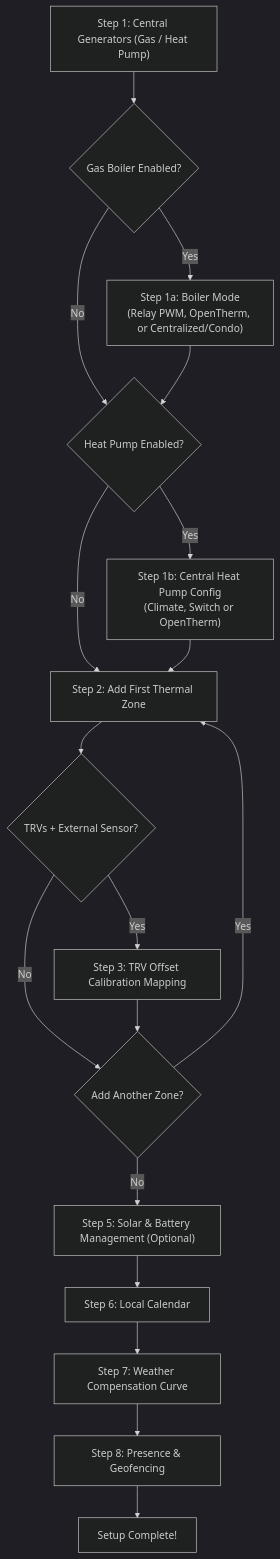
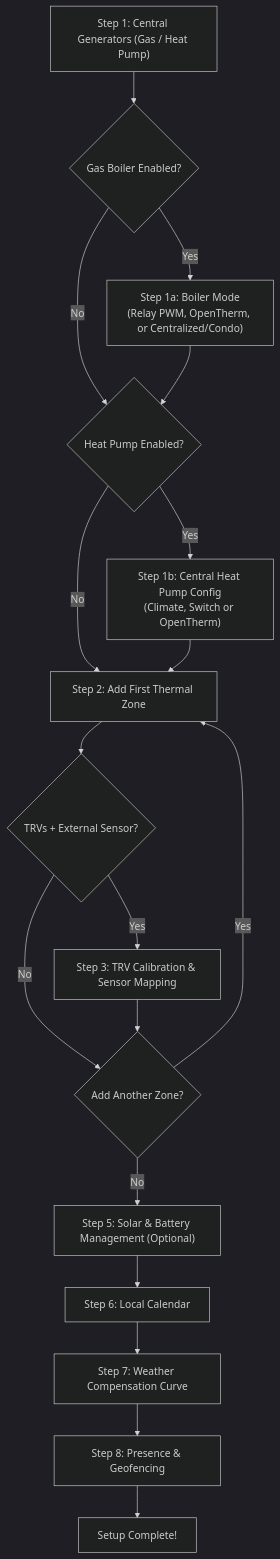
The diagram in docs/wiki/setup_wizard.md (alex-military/multizone-thermostat), drawn with Mermaid (dark theme) before and after one commit. The commit also changed other lines of this file and 41 other files, not shown here.

Commit message:
feat(trv,pid): 3-layer TRV architecture, Auto EMA seed UI & PID baseline fixes (v6.0.22)

````diff
--- a/docs/wiki/setup_wizard.md
+++ b/docs/wiki/setup_wizard.md
@@ -14,20 +14,20 @@
 ```mermaid
 flowchart TD
     S1["Step 1: Central Generators (Gas / Heat Pump)"] --> S1a{"Gas Boiler Enabled?"}
     S1a -->|Yes| C_Gas["Step 1a: Boiler Mode<br>(Relay PWM, OpenTherm, or Centralized/Condo)"]
     S1a -->|No| S1b{"Heat Pump Enabled?"}
     C_Gas --> S1b
     S1b -->|Yes| C_PDC["Step 1b: Central Heat Pump Config<br>(Climate, Switch or OpenTherm)"]
     S1b -->|No| Zone1["Step 2: Add First Thermal Zone"]
     C_PDC --> Zone1
     Zone1 --> CalibCheck{"TRVs + External Sensor?"}
-    CalibCheck -->|Yes| S3["Step 3: TRV Offset Calibration Mapping"]
+    CalibCheck -->|Yes| S3["Step 3: TRV Calibration & Sensor Mapping"]
     CalibCheck -->|No| S4{"Add Another Zone?"}
     S3 --> S4
     S4 -->|Yes| Zone1
     S4 -->|No| S5["Step 5: Solar & Battery Management (Optional)"]
     S5 --> S6["Step 6: Local Calendar"]
     S6 --> S7["Step 7: Weather Compensation Curve"]
     S7 --> S8["Step 8: Presence & Geofencing"]
     S8 --> Fine["Setup Complete!"]
 ```
````
